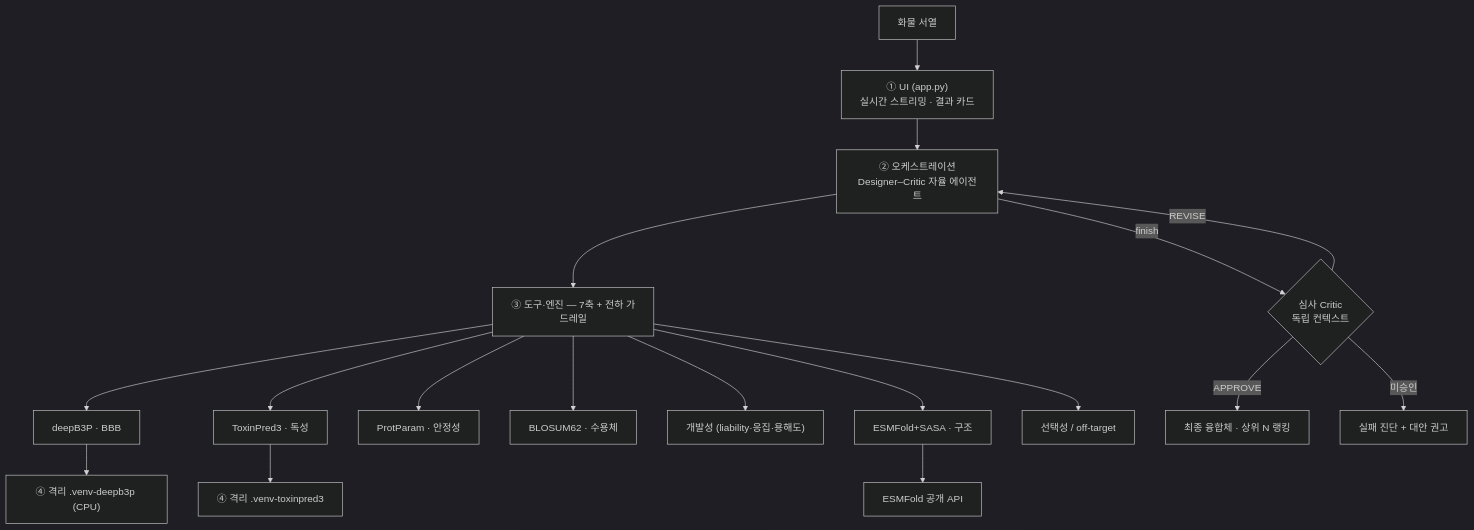
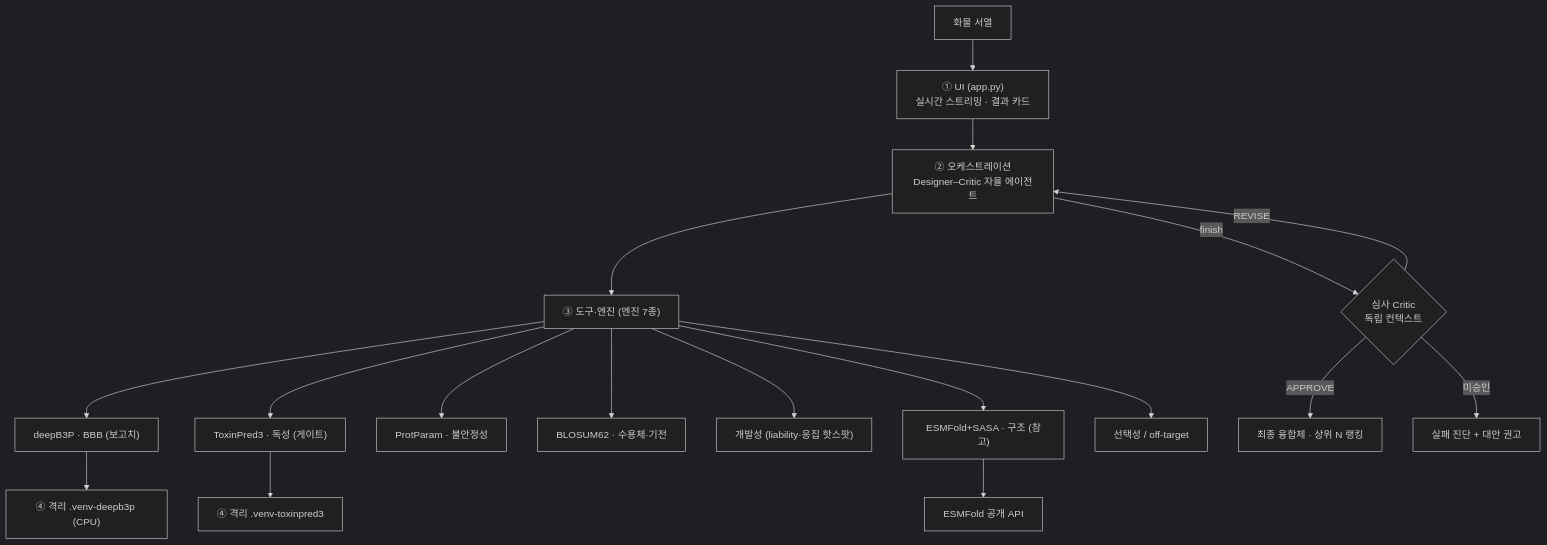
Before and after one commit to yunseul6028/BBB-Optimizer: the first of 2 diagrams in README.md, drawn with Mermaid (dark theme). The commit also changed other lines of this file and 3 other files, not shown here.

````diff
--- a/README.md
+++ b/README.md
@@ -102,15 +150,15 @@
 ```mermaid
 flowchart TB
   U["화물 서열"] --> UI["① UI (app.py)<br/>실시간 스트리밍 · 결과 카드"]
   UI --> ORCH["② 오케스트레이션<br/>Designer–Critic 자율 에이전트"]
-  ORCH --> TOOLS["③ 도구·엔진 — 7축 + 전하 가드레일"]
-  TOOLS --> E1["deepB3P · BBB"] & E2["ToxinPred3 · 독성"] & E3["ProtParam · 안정성"] & E4["BLOSUM62 · 수용체"]
-  TOOLS --> E5["개발성 (liability·응집·용해도)"] & E6["ESMFold+SASA · 구조"] & E7["선택성 / off-target"]
+  ORCH --> TOOLS["③ 도구·엔진 (엔진 7종)"]
+  TOOLS --> E1["deepB3P · BBB (보고치)"] & E2["ToxinPred3 · 독성 (게이트)"] & E3["ProtParam · 불안정성"] & E4["BLOSUM62 · 수용체·기전"]
+  TOOLS --> E5["개발성 (liability·응집 핫스팟)"] & E6["ESMFold+SASA · 구조 (참고)"] & E7["선택성 / off-target"]
   E1 --> DV["④ 격리 .venv-deepb3p (CPU)"]
   E2 --> TV["④ 격리 .venv-toxinpred3"]
   E6 --> API["ESMFold 공개 API"]
   ORCH -->|finish| CR{"심사 Critic<br/>독립 컨텍스트"}
   CR -->|APPROVE| OUT["최종 융합체 · 상위 N 랭킹"]
   CR -->|REVISE| ORCH
   CR -->|미승인| REC["실패 진단 + 대안 권고"]
 ```
````
